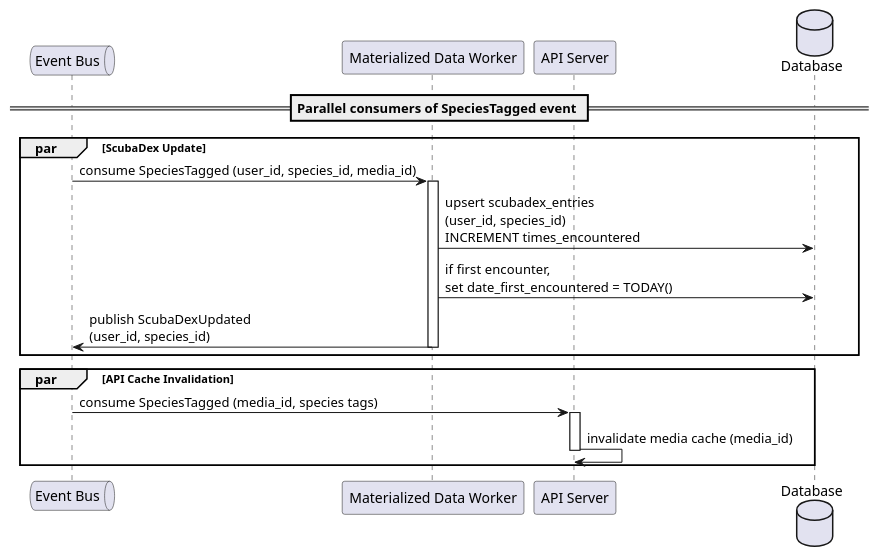
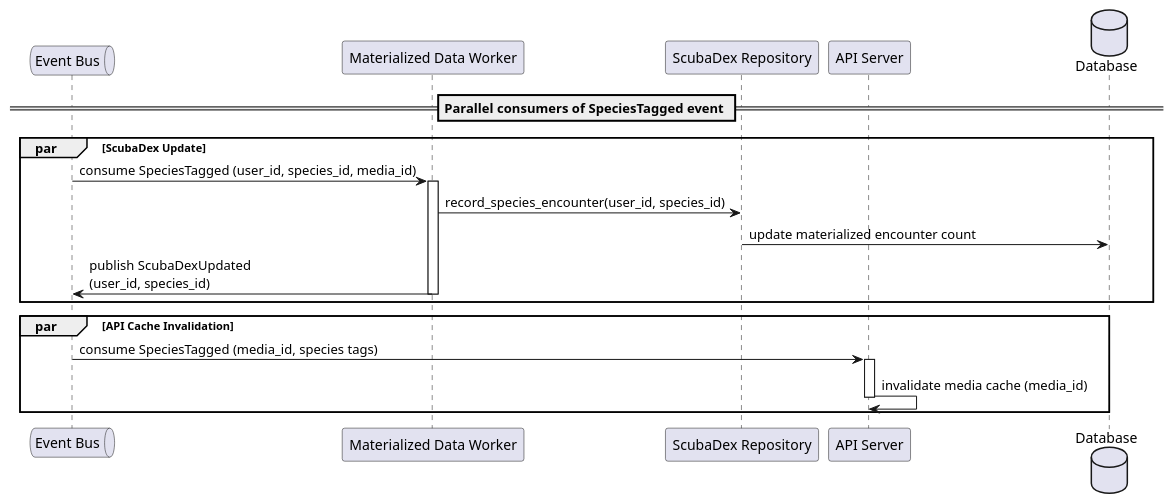
The diagram in designs/sequences/media/media_update/species_tagged_event_consumers_sequence.puml (MikeF0007/reef-connect), drawn with PlantUML before and after one commit. The commit also changed 12 other files, not shown here.

```diff
--- a/designs/sequences/media/media_update/species_tagged_event_consumers_sequence.puml
+++ b/designs/sequences/media/media_update/species_tagged_event_consumers_sequence.puml
@@ -1,23 +1,24 @@
 @startuml SpeciesTagged Event Consumers Sequence
 queue "Event Bus" as Events
 participant "Materialized Data Worker" as MaterializedDataWorker
+participant "ScubaDex Repository" as ScubaDexRepository
 participant "API Server" as API
 database "Database" as DB
 
 == Parallel consumers of SpeciesTagged event ==
 par ScubaDex Update
     Events -> MaterializedDataWorker: consume SpeciesTagged (user_id, species_id, media_id)
     activate MaterializedDataWorker
-    MaterializedDataWorker -> DB: upsert scubadex_entries\n(user_id, species_id)\nINCREMENT times_encountered
-    MaterializedDataWorker -> DB: if first encounter,\nset date_first_encountered = TODAY()
+    MaterializedDataWorker -> ScubaDexRepository: record_species_encounter(user_id, species_id)
+    ScubaDexRepository -> DB: update materialized encounter count
     MaterializedDataWorker -> Events: publish ScubaDexUpdated\n(user_id, species_id)
     deactivate MaterializedDataWorker
 end par
 
 par API Cache Invalidation
     Events -> API: consume SpeciesTagged (media_id, species tags)
     activate API
     API -> API: invalidate media cache (media_id)
     deactivate API
 end par
 @enduml
```
